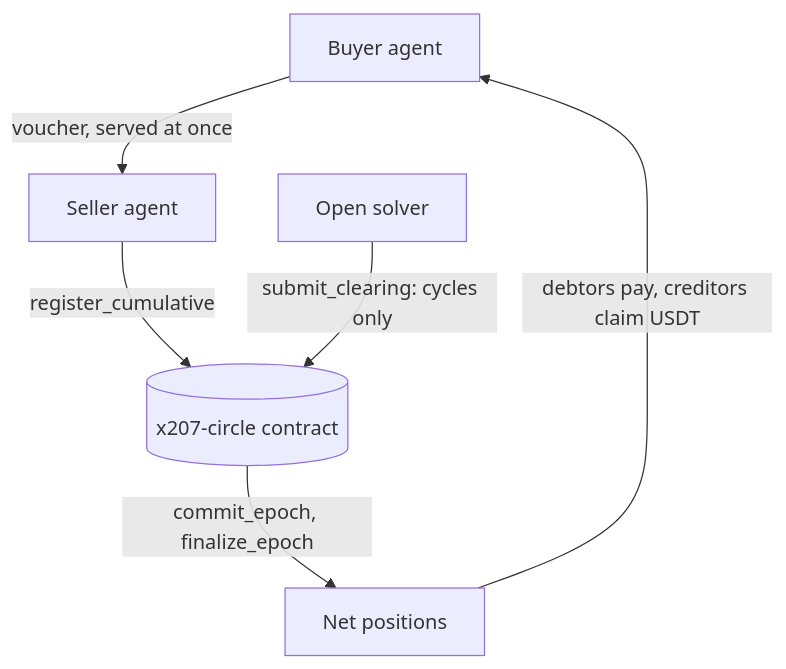
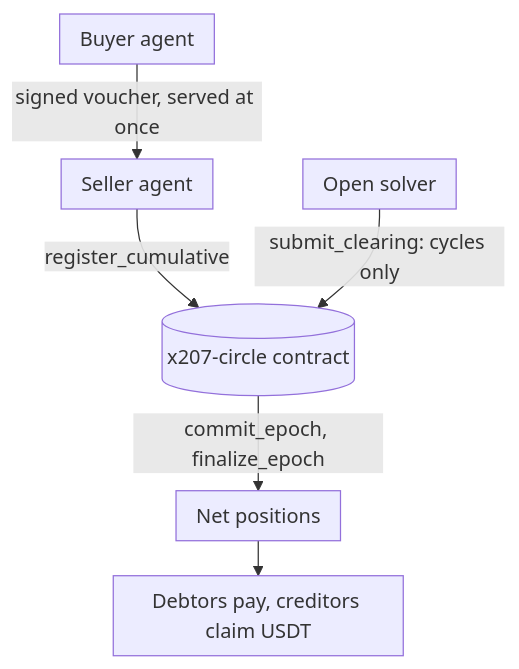
The first of 2 diagrams in README.md (x207-labs/x207), drawn with Mermaid before and after one commit. The commit also changed 1 other file, not shown here.

Commit message:
UM-117: README and org profile flowchart top-down without back edge (readable on GitHub)

````diff
--- a/README.md
+++ b/README.md
@@ -22,8 +22,9 @@
 ```mermaid
+%%{init: {"flowchart": {"nodeSpacing": 24, "rankSpacing": 28, "padding": 8}}}%%
 flowchart TB
-  A["Buyer agent"] -->|"voucher, served at once"| B["Seller agent"]
+  A["Buyer agent"] -->|"signed voucher, served at once"| B["Seller agent"]
   B -->|"register_cumulative"| C[("x207-circle contract")]
   S["Open solver"] -->|"submit_clearing: cycles only"| C
   C -->|"commit_epoch, finalize_epoch"| N["Net positions"]
-  N -->|"debtors pay, creditors claim USDT"| A
+  N --> E["Debtors pay, creditors claim USDT"]
 ```
````
